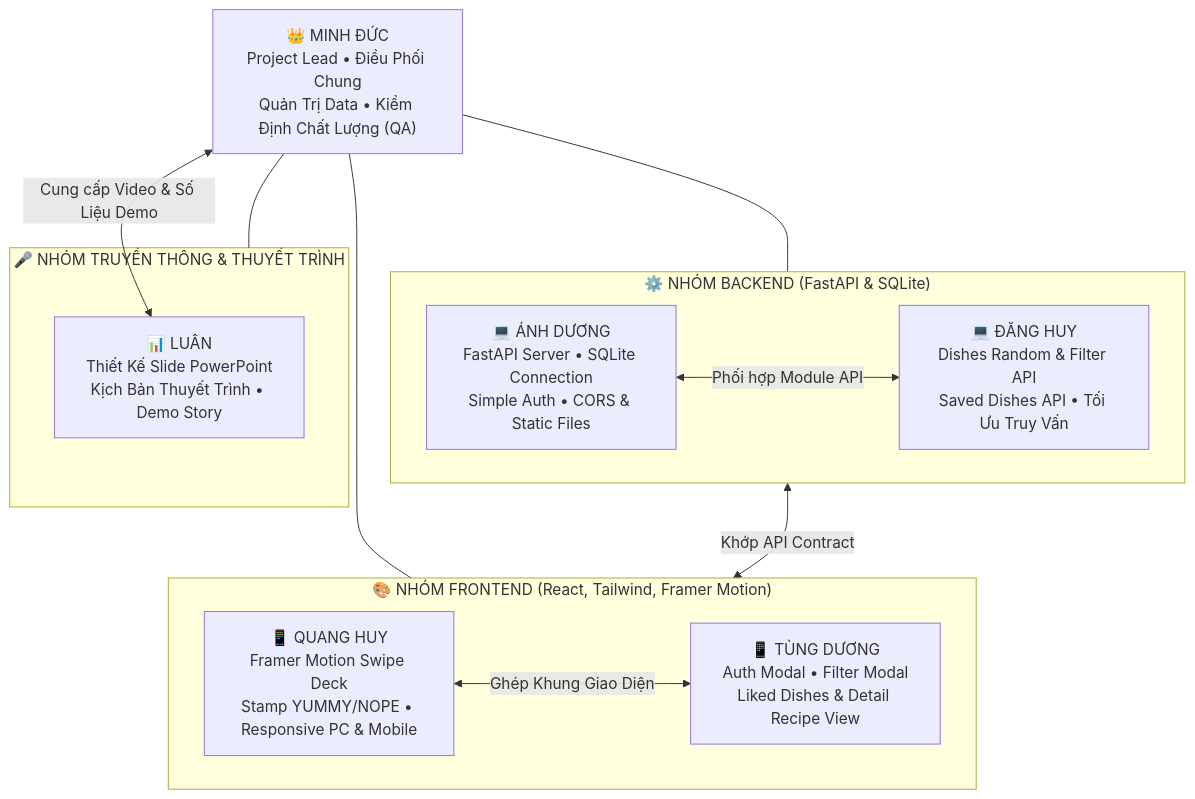
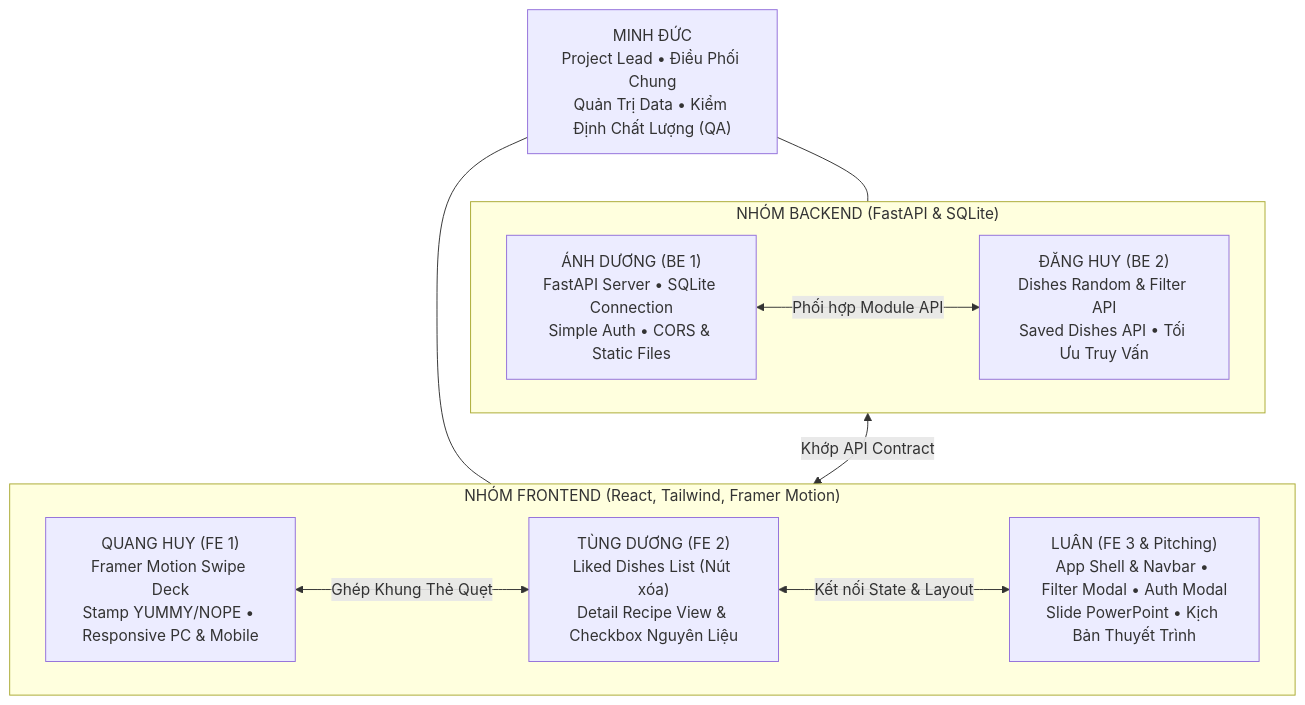
The diagram in docs/04_TEAM_ROLES_AND_RACI.md (snowwminhduc1212/YumYumPick), drawn with Mermaid before and after one commit. The commit also changed other lines of this file and 11 other files, not shown here.

````diff
--- a/docs/04_TEAM_ROLES_AND_RACI.md
+++ b/docs/04_TEAM_ROLES_AND_RACI.md
@@ -9,27 +9,23 @@
 ```mermaid
 flowchart TD
-    Lead["👑 MINH ĐỨC\nProject Lead • Điều Phối Chung\nQuản Trị Data • Kiểm Định Chất Lượng (QA)"]
+    Lead["MINH ĐỨC\nProject Lead • Điều Phối Chung\nQuản Trị Data • Kiểm Định Chất Lượng (QA)"]
 
-    subgraph GuildBE["⚙️ NHÓM BACKEND (FastAPI & SQLite)"]
-        BE1["💻 ÁNH DƯƠNG\nFastAPI Server • SQLite Connection\nSimple Auth • CORS & Static Files"]
-        BE2["💻 ĐĂNG HUY\nDishes Random & Filter API\nSaved Dishes API • Tối Ưu Truy Vấn"]
+    subgraph GuildBE["NHÓM BACKEND (FastAPI & SQLite)"]
+        BE1["ÁNH DƯƠNG (BE 1)\nFastAPI Server • SQLite Connection\nSimple Auth • CORS & Static Files"]
+        BE2["ĐĂNG HUY (BE 2)\nDishes Random & Filter API\nSaved Dishes API • Tối Ưu Truy Vấn"]
     end
 
-    subgraph GuildFE["🎨 NHÓM FRONTEND (React, Tailwind, Framer Motion)"]
-        FE1["📱 QUANG HUY\nFramer Motion Swipe Deck\nStamp YUMMY/NOPE • Responsive PC & Mobile"]
-        FE2["📱 TÙNG DƯƠNG\nAuth Modal • Filter Modal\nLiked Dishes & Detail Recipe View"]
-    end
-
-    subgraph GuildPitch["🎤 NHÓM TRUYỀN THÔNG & THUYẾT TRÌNH"]
-        PITCH["📊 LUÂN\nThiết Kế Slide PowerPoint\nKịch Bản Thuyết Trình • Demo Story"]
+    subgraph GuildFE["NHÓM FRONTEND (React, Tailwind, Framer Motion)"]
+        FE1["QUANG HUY (FE 1)\nFramer Motion Swipe Deck\nStamp YUMMY/NOPE • Responsive PC & Mobile"]
+        FE2["TÙNG DƯƠNG (FE 2)\nLiked Dishes List (Nút xóa)\nDetail Recipe View & Checkbox Nguyên Liệu"]
+        FE3["LUÂN (FE 3 & Pitching)\nApp Shell & Navbar • Filter Modal • Auth Modal\nSlide PowerPoint • Kịch Bản Thuyết Trình"]
     end
 
     Lead --- GuildBE
     Lead --- GuildFE
-    Lead --- GuildPitch
 
     BE1 <-->|Phối hợp Module API| BE2
-    FE1 <-->|Ghép Khung Giao Diện| FE2
+    FE1 <-->|Ghép Khung Thẻ Quẹt| FE2
+    FE2 <-->|Kết nối State & Layout| FE3
     GuildBE <-->|Khớp API Contract| GuildFE
-    Lead <-->|Cung cấp Video & Số Liệu Demo| PITCH
 ```
````
